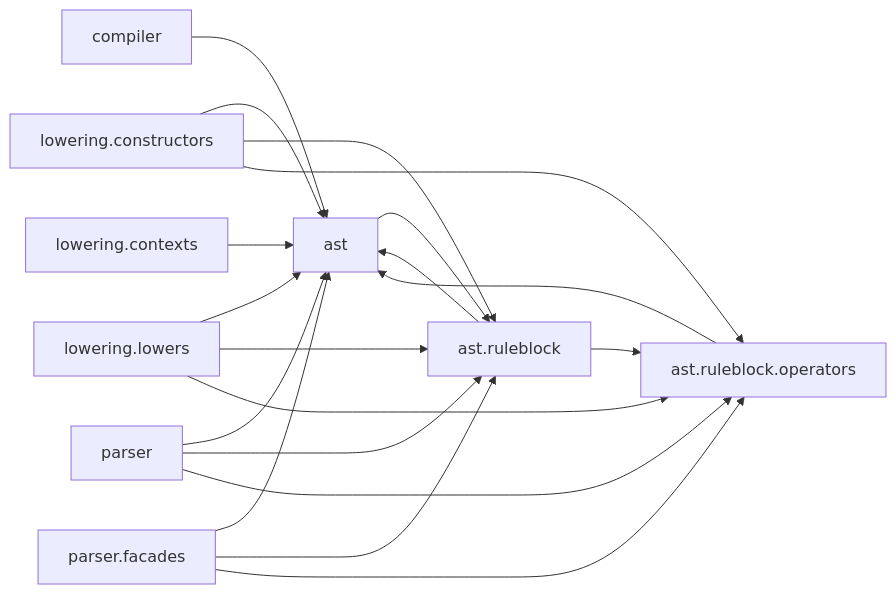
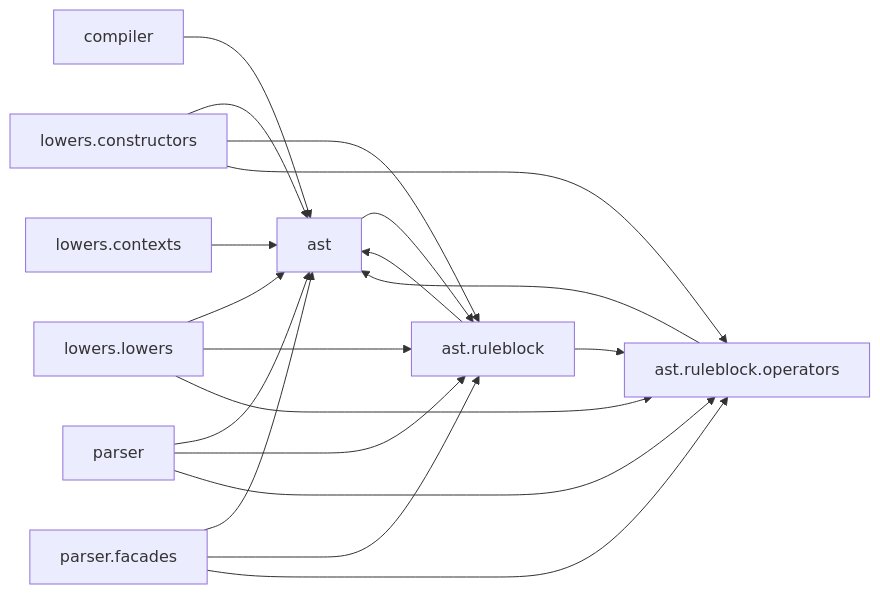
One commit to PascalUser/FLC-IEC61131-7 changed the first of 3 diagrams in doc/modules/ast.md. Above: the diagram before and after it, drawn with Mermaid. The commit also changed other lines of this file and 537 other files, not shown here.

````diff
--- a/doc/modules/ast.md
+++ b/doc/modules/ast.md
@@ -25,30 +25,30 @@
 ```mermaid
 flowchart LR
     ast["ast"]
     ast_ruleblock["ast.ruleblock"]
     ast_ruleblock_operators["ast.ruleblock.operators"]
     compiler["compiler"]
-    lowering_constructors["lowering.constructors"]
-    lowering_contexts["lowering.contexts"]
-    lowering_lowers["lowering.lowers"]
+    lowering_constructors["lowers.constructors"]
+    lowering_contexts["lowers.contexts"]
+    lowering_lowers["lowers.lowers"]
     parser["parser"]
     parser_facades["parser.facades"]
     ast --> ast_ruleblock
     ast_ruleblock --> ast
     ast_ruleblock --> ast_ruleblock_operators
     ast_ruleblock_operators --> ast
     compiler --> ast
     lowering_constructors --> ast
     lowering_constructors --> ast_ruleblock
     lowering_constructors --> ast_ruleblock_operators
     lowering_contexts --> ast
     lowering_lowers --> ast
     lowering_lowers --> ast_ruleblock
     lowering_lowers --> ast_ruleblock_operators
     parser --> ast
     parser --> ast_ruleblock
     parser --> ast_ruleblock_operators
     parser_facades --> ast
     parser_facades --> ast_ruleblock
     parser_facades --> ast_ruleblock_operators
 ```
````
